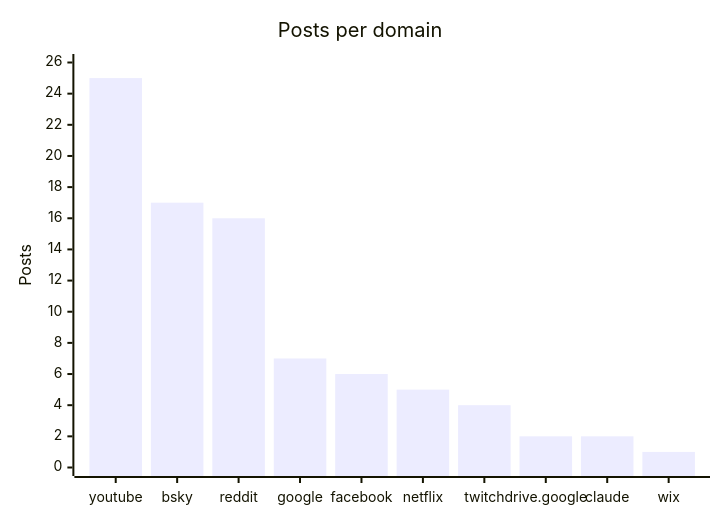
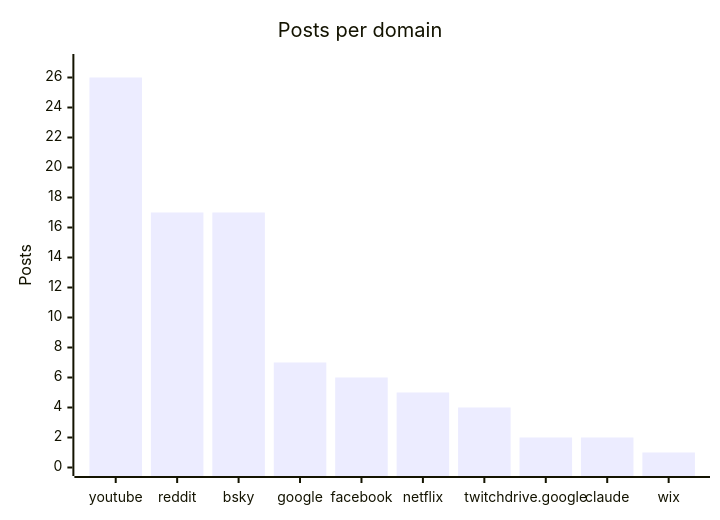
Before and after one commit to martinbalfanz/social-scanner-reports: the fourth of 4 diagrams in README.md, drawn with Mermaid. The commit also changed other lines of this file and 2 other files, not shown here.

````diff
--- a/README.md
+++ b/README.md
@@ -58,7 +58,7 @@
 ```mermaid
 xychart-beta
     title "Posts per domain"
-    x-axis ["youtube", "bsky", "reddit", "google", "facebook", "netflix", "twitch", "drive.google", "claude", "wix"]
-    y-axis "Posts" 0 --> 26
-    bar [25, 17, 16, 7, 6, 5, 4, 2, 2, 1]
+    x-axis ["youtube", "reddit", "bsky", "google", "facebook", "netflix", "twitch", "drive.google", "claude", "wix"]
+    y-axis "Posts" 0 --> 27
+    bar [26, 17, 17, 7, 6, 5, 4, 2, 2, 1]
 ```
````
